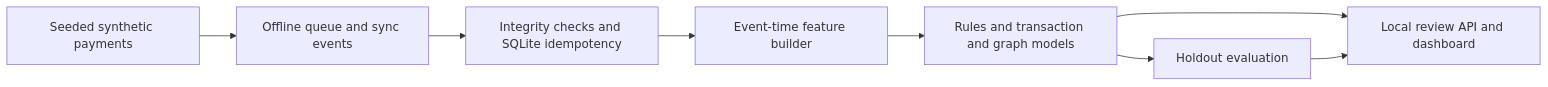
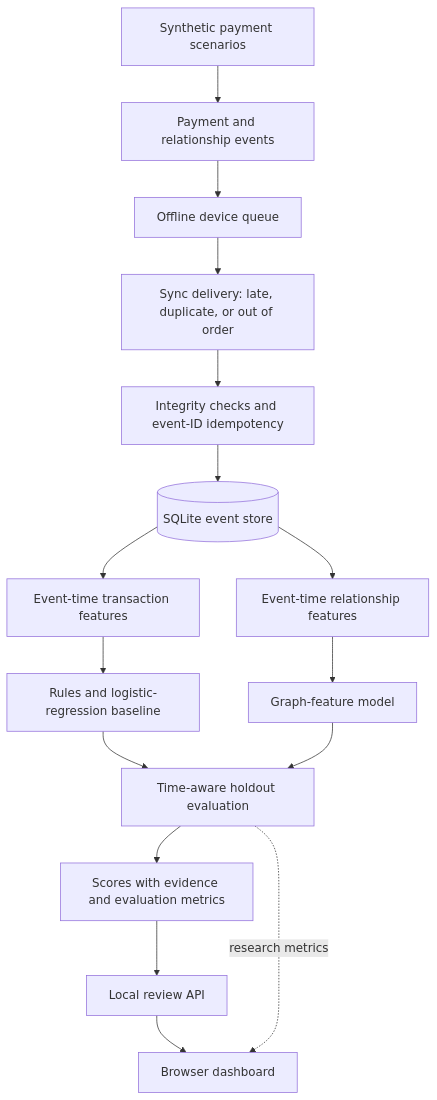
The diagram in README.md (nihalmachhi/MeshShield), drawn with Mermaid before and after one commit.

Commit message:
docs: expand README architecture diagram

````diff
--- a/README.md
+++ b/README.md
@@ -15,10 +15,18 @@
 ```mermaid
-flowchart LR
-  A[Seeded synthetic payments] --> B[Offline queue and sync events]
-  B --> C[Integrity checks and SQLite idempotency]
-  C --> D[Event-time feature builder]
-  D --> E[Rules and transaction and graph models]
-  E --> F[Holdout evaluation]
-  E --> G[Local review API and dashboard]
-  F --> G
+flowchart TD
+  A[Synthetic payment scenarios] --> B[Payment and relationship events]
+  B --> C[Offline device queue]
+  C --> D[Sync delivery: late, duplicate, or out of order]
+  D --> E[Integrity checks and event-ID idempotency]
+  E --> F[(SQLite event store)]
+  F --> G[Event-time transaction features]
+  F --> H[Event-time relationship features]
+  G --> I[Rules and logistic-regression baseline]
+  H --> J[Graph-feature model]
+  I --> K[Time-aware holdout evaluation]
+  J --> K
+  K --> L[Scores with evidence and evaluation metrics]
+  L --> M[Local review API]
+  M --> N[Browser dashboard]
+  K -. research metrics .-> N
 ```
````
